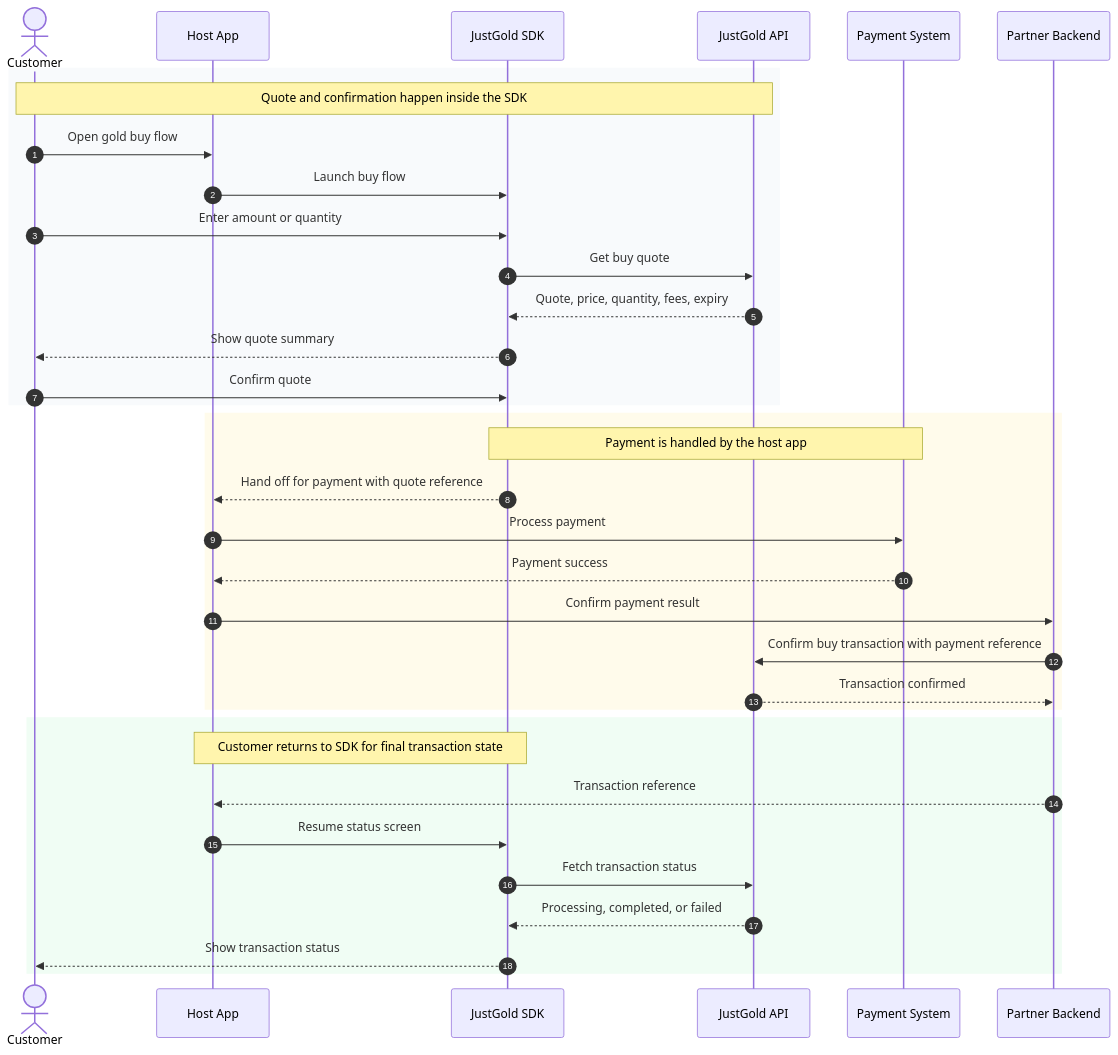
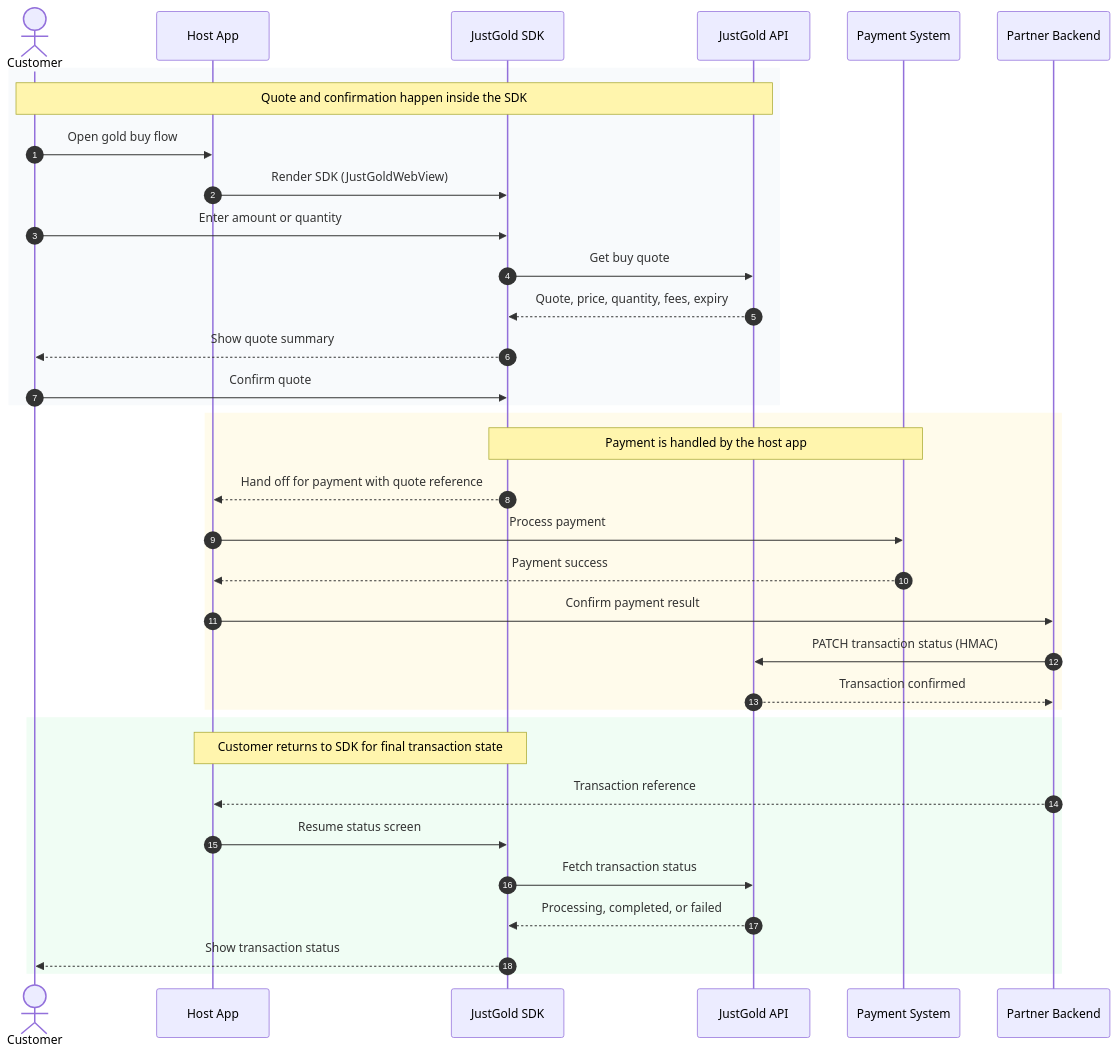
One commit to Just-Gold-JG/docs changed the second of 4 diagrams in sdk/overview.md. Above: the diagram before and after it, drawn with Mermaid. The commit also changed other lines of this file and 3 other files, not shown here.

Commit message:
Enhance SDK documentation for Flutter and React Native, including updated integration flows, session management, and UI embedding details. Clarify token handling and callback implementations for improved developer guidance.

````diff
--- a/sdk/overview.md
+++ b/sdk/overview.md
@@ -53,40 +74,40 @@
 ```mermaid
 sequenceDiagram
     autonumber
     actor Customer
     participant Host as Host App
     participant SDK as JustGold SDK
     participant JG as JustGold API
     participant Pay as Payment System
     participant Backend as Partner Backend
 
     rect rgb(248, 250, 252)
         Note over Customer,JG: Quote and confirmation happen inside the SDK
         Customer->>Host: Open gold buy flow
-        Host->>SDK: Launch buy flow
+        Host->>SDK: Render SDK (JustGoldWebView)
         Customer->>SDK: Enter amount or quantity
         SDK->>JG: Get buy quote
         JG-->>SDK: Quote, price, quantity, fees, expiry
         SDK-->>Customer: Show quote summary
         Customer->>SDK: Confirm quote
     end
 
     rect rgb(255, 251, 235)
         Note over SDK,Pay: Payment is handled by the host app
         SDK-->>Host: Hand off for payment with quote reference
         Host->>Pay: Process payment
         Pay-->>Host: Payment success
         Host->>Backend: Confirm payment result
-        Backend->>JG: Confirm buy transaction with payment reference
+        Backend->>JG: PATCH transaction status (HMAC)
         JG-->>Backend: Transaction confirmed
     end
 
     rect rgb(240, 253, 244)
         Note over Host,SDK: Customer returns to SDK for final transaction state
         Backend-->>Host: Transaction reference
         Host->>SDK: Resume status screen
         SDK->>JG: Fetch transaction status
         JG-->>SDK: Processing, completed, or failed
         SDK-->>Customer: Show transaction status
     end
 ```
````
